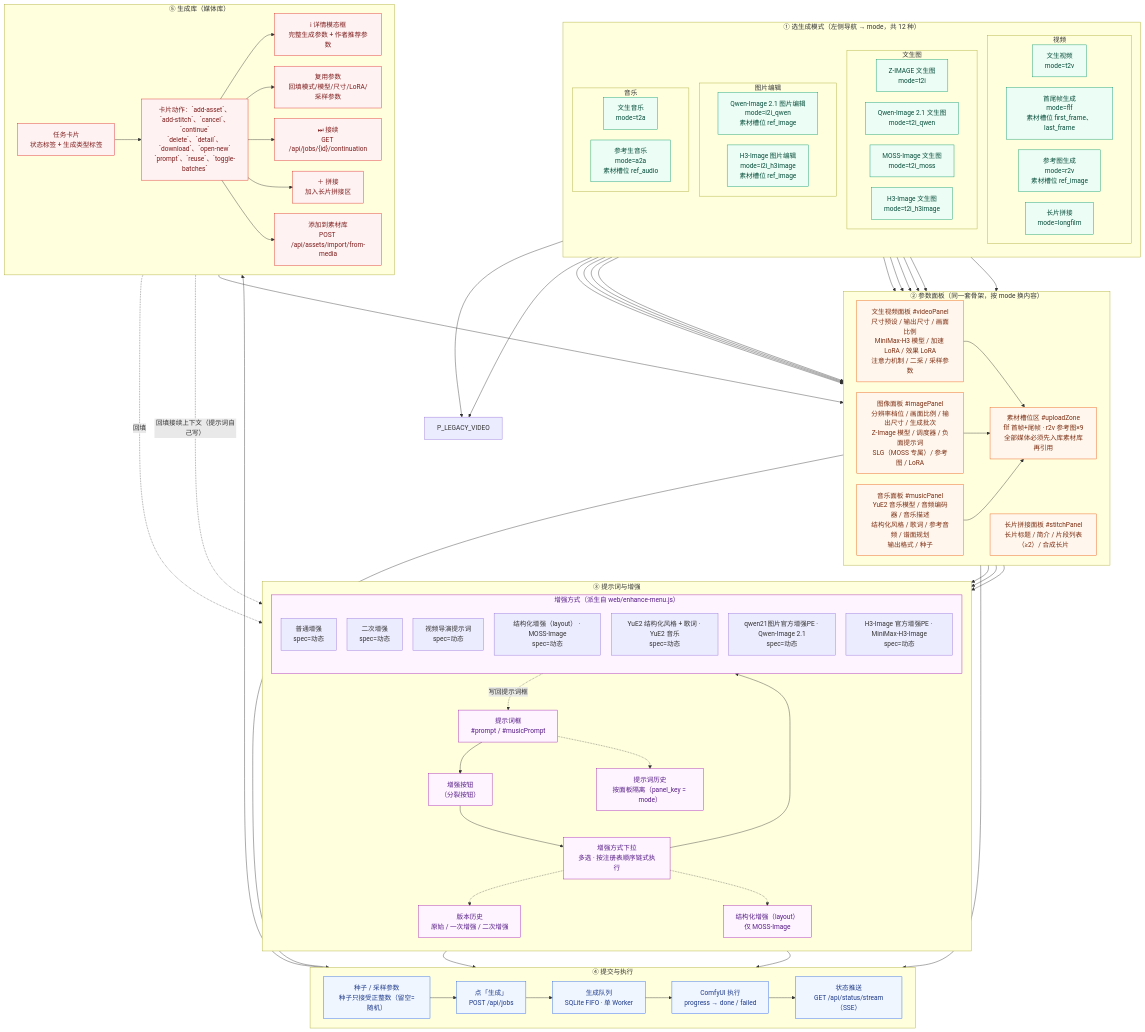
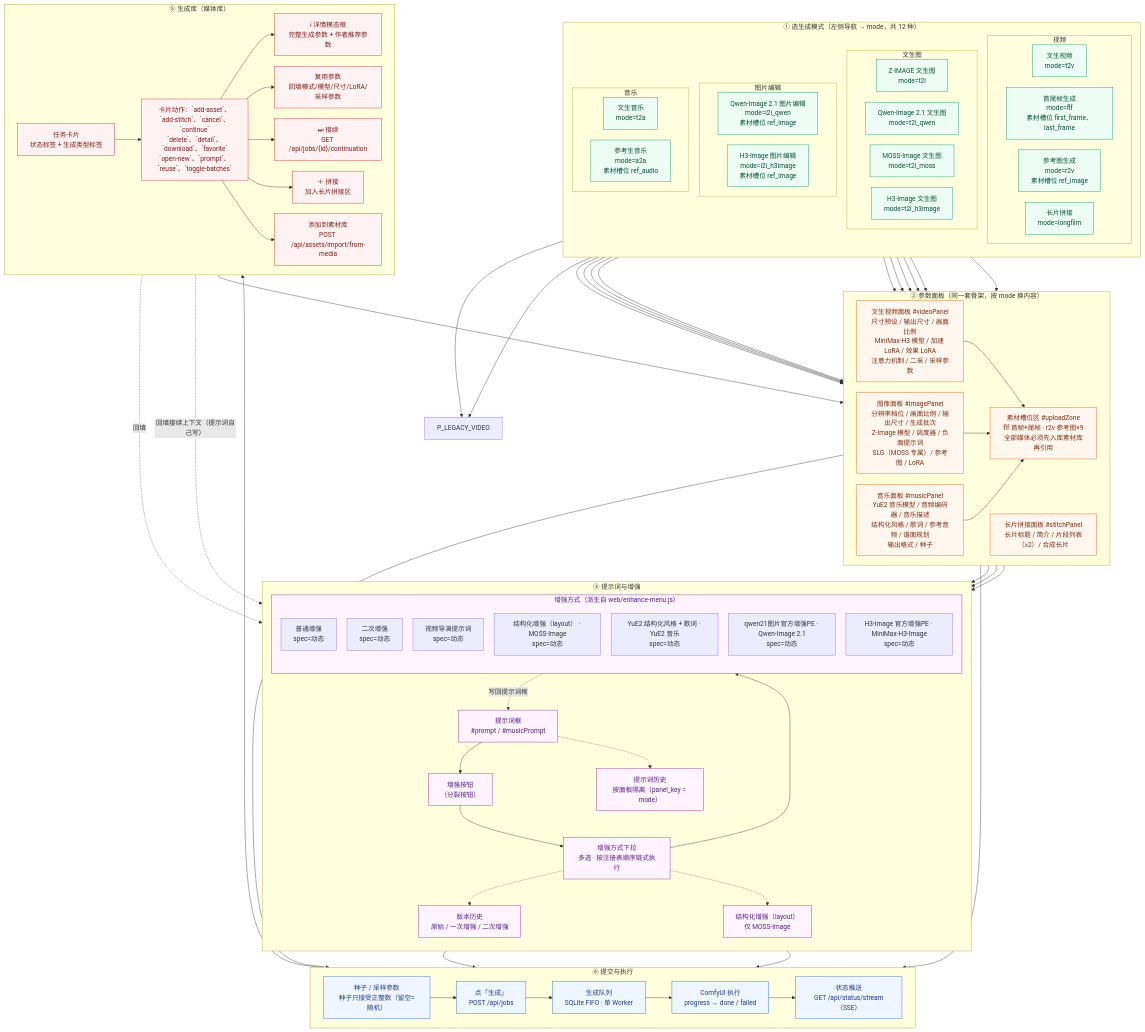
Before and after one commit to pixelaigc/ComfyUI-MiniMax-H3-Studio: the diagram in docs/交互流程图-创作链路.mmd, drawn with Mermaid. The commit also changed 7 other files, not shown here.

```diff
--- a/docs/交互流程图-创作链路.mmd
+++ b/docs/交互流程图-创作链路.mmd
@@ -1,148 +1,148 @@
 %%{init: {"flowchart": {"curve": "basis", "nodeSpacing": 26, "rankSpacing": 40, "htmlLabels": true}, "themeVariables": {"fontFamily": "Noto Sans CJK SC, Noto Sans SC, DejaVu Sans, sans-serif"}}}%%
 %% 交互流程图 · ① 创作链路（文生图 / 图片编辑 / 文生视频 / 音乐 / 长片拼接）
 %% 本文件由 scripts/gen_flow.py 从 scripts/templates/flow-create.mmd 生成，请勿手改。
 %% 要改流程形状请改 scripts/templates/flow-create.mmd，然后跑 `make flow`。
 flowchart TD
 
   %% ---------- 模式选择（节点内容派生自 gen_types.py）----------
   subgraph MODES["① 选生成模式（左侧导航 → mode，共 12 种）"]
     direction TB
     subgraph MV["视频"]
       direction LR
       M_t2v["文生视频<br/>mode=t2v"]
       M_flf["首尾帧生成<br/>mode=flf<br/>素材槽位 first_frame、last_frame"]
       M_r2v["参考图生成<br/>mode=r2v<br/>素材槽位 ref_image"]
       M_longfilm["长片拼接<br/>mode=longfilm"]
     end
     subgraph MI["文生图"]
       direction LR
       M_t2i["Z-IMAGE 文生图<br/>mode=t2i"]
       M_t2i_qwen["Qwen-Image 2.1 文生图<br/>mode=t2i_qwen"]
       M_t2i_moss["MOSS-Image 文生图<br/>mode=t2i_moss"]
       M_t2i_h3image["H3-Image 文生图<br/>mode=t2i_h3image"]
     end
     subgraph ME["图片编辑"]
       direction LR
       M_i2i_qwen["Qwen-Image 2.1 图片编辑<br/>mode=i2i_qwen<br/>素材槽位 ref_image"]
       M_i2i_h3image["H3-Image 图片编辑<br/>mode=i2i_h3image<br/>素材槽位 ref_image"]
     end
     subgraph MM["音乐"]
       direction LR
       M_t2a["文生音乐<br/>mode=t2a"]
       M_a2a["参考生音乐<br/>mode=a2a<br/>素材槽位 ref_audio"]
     end
   end
 
   %% ---------- 面板 ----------
   subgraph PANELS["② 参数面板（同一套骨架，按 mode 换内容）"]
     direction LR
     P_VIDEO["文生视频面板 #videoPanel<br/>尺寸预设 / 输出尺寸 / 画面比例<br/>MiniMax-H3 模型 / 加速 LoRA / 效果 LoRA<br/>注意力机制 / 二采 / 采样参数"]
     P_IMAGE["图像面板 #imagePanel<br/>分辨率档位 / 画面比例 / 输出尺寸 / 生成批次<br/>Z-Image 模型 / 调度器 / 负面提示词<br/>SLG（MOSS 专属）/ 参考图 / LoRA"]
     P_MUSIC["音乐面板 #musicPanel<br/>YuE2 音乐模型 / 音频编码器 / 音乐描述<br/>结构化风格 / 歌词 / 参考音频 / 谱面规划<br/>输出格式 / 种子"]
     P_STITCH["长片拼接面板 #stitchPanel<br/>长片标题 / 简介 / 片段列表（≥2）/ 合成长片"]
     P_UPLOAD["素材槽位区 #uploadZone<br/>flf 首帧+尾帧 · r2v 参考图×9<br/>全部媒体必须先入库素材库再引用"]
   end
 
   M_t2v --> P_VIDEO
   M_flf --> P_LEGACY_VIDEO
   M_r2v --> P_LEGACY_VIDEO
   M_t2i --> P_IMAGE
   M_t2i_qwen --> P_IMAGE
   M_i2i_qwen --> P_IMAGE
   M_t2i_moss --> P_IMAGE
   M_t2i_h3image --> P_IMAGE
   M_i2i_h3image --> P_IMAGE
   M_t2a --> P_MUSIC
   M_a2a --> P_MUSIC
   M_longfilm --> P_STITCH
 
   P_VIDEO --> P_UPLOAD
   P_IMAGE --> P_UPLOAD
   P_MUSIC --> P_UPLOAD
 
   %% ---------- 提示词 + 增强 ----------
   subgraph PROMPT["③ 提示词与增强"]
     direction TB
     PT["提示词框<br/>#prompt / #musicPrompt"]
     ENH_BTN["增强按钮<br/>（分裂按钮）"]
     ENH_MENU["增强方式下拉<br/>多选 · 按注册表顺序链式执行"]
     subgraph ENH_SPECS["增强方式（派生自 web/enhance-menu.js）"]
       direction TB
     E_basic["普通增强<br/>spec=动态"]
     E_refine["二次增强<br/>spec=动态"]
     E_director["视频导演提示词<br/>spec=动态"]
     E_layout["结构化增强（layout） · MOSS-Image<br/>spec=动态"]
     E_yue2_struct["YuE2 结构化风格 + 歌词 · YuE2 音乐<br/>spec=动态"]
     E_qwen_pe["qwen21图片官方增强PE · Qwen-Image 2.1<br/>spec=动态"]
     E_h3image_pe["H3-Image 官方增强PE · MiniMax-H3-Image<br/>spec=动态"]
     end
     HIST["提示词历史<br/>按面板隔离（panel_key = mode）"]
     VER["版本历史<br/>原始 / 一次增强 / 二次增强"]
     MOSS["结构化增强（layout）<br/>仅 MOSS-Image"]
   end
 
   PT --> ENH_BTN
   ENH_BTN --> ENH_MENU
   ENH_MENU --> ENH_SPECS
   ENH_SPECS -.->|"写回提示词框"| PT
   PT -.-> HIST
   ENH_MENU -.-> VER
   ENH_MENU -.-> MOSS
 
   P_VIDEO --> PT
   P_IMAGE --> PT
   P_MUSIC --> PT
 
   %% ---------- 提交与执行 ----------
   subgraph RUN["④ 提交与执行"]
     direction LR
     SEED["种子 / 采样参数<br/>种子只接受正整数（留空=随机）"]
     GEN["点「生成」<br/>POST /api/jobs"]
     QUEUE["生成队列<br/>SQLite FIFO · 单 Worker"]
     COMFY["ComfyUI 执行<br/>progress → done / failed"]
     SSE["状态推送<br/>GET /api/status/stream（SSE）"]
   end
 
   SEED --> GEN
   GEN --> QUEUE --> COMFY
   COMFY --> SSE
 
   P_UPLOAD --> GEN
   PT --> GEN
   ENH_SPECS --> GEN
   P_STITCH --> GEN
 
   %% ---------- 产物侧 ----------
   subgraph OUT["⑤ 生成库（媒体库）"]
     direction LR
     LIB["任务卡片<br/>状态标签 + 生成类型标签"]
-    ACTS["卡片动作：`add-asset`、`add-stitch`、`cancel`、`continue`<br/>`delete`、`detail`、`download`、`open-new`<br/>`prompt`、`reuse`、`toggle-batches`"]
+    ACTS["卡片动作：`add-asset`、`add-stitch`、`cancel`、`continue`<br/>`delete`、`detail`、`download`、`favorite`<br/>`open-new`、`prompt`、`reuse`、`toggle-batches`"]
     DETAIL["ℹ 详情模态框<br/>完整生成参数 + 作者推荐参数"]
     REUSE["复用参数<br/>回填模式/模型/尺寸/LoRA/采样参数"]
     CONT["⏭ 接续<br/>GET /api/jobs/{id}/continuation"]
     STITCH["＋ 拼接<br/>加入长片拼接区"]
     ASSET["添加到素材库<br/>POST /api/assets/import/from-media"]
   end
 
   COMFY --> LIB
   LIB --> ACTS
   ACTS --> DETAIL
   ACTS --> REUSE
   ACTS --> CONT
   ACTS --> STITCH
   ACTS --> ASSET
   REUSE -.->|"回填"| PT
   CONT -.->|"回填接续上下文（提示词自己写）"| PT
   STITCH --> P_STITCH
 
   classDef mode fill:#ecfdf5,stroke:#059669,stroke-width:1px,color:#064e3b;
   classDef panel fill:#fff7ed,stroke:#ea580c,stroke-width:1px,color:#7c2d12;
   classDef prompt fill:#fdf4ff,stroke:#a21caf,stroke-width:1px,color:#581c87;
   classDef run fill:#eff6ff,stroke:#2563eb,stroke-width:1px,color:#1e3a8a;
   classDef out fill:#fef2f2,stroke:#dc2626,stroke-width:1px,color:#7f1d1d;
 
   class M_t2v,M_flf,M_r2v,M_longfilm,M_t2i,M_t2i_qwen,M_t2i_moss,M_t2i_h3image,M_i2i_qwen,M_i2i_h3image,M_t2a,M_a2a mode;
   class P_VIDEO,P_IMAGE,P_MUSIC,P_STITCH,P_UPLOAD panel;
   class PT,ENH_BTN,ENH_MENU,ENH_SPECS,HIST,VER,MOSS prompt;
   class SEED,GEN,QUEUE,COMFY,SSE run;
   class LIB,ACTS,DETAIL,REUSE,CONT,STITCH,ASSET out;
```
